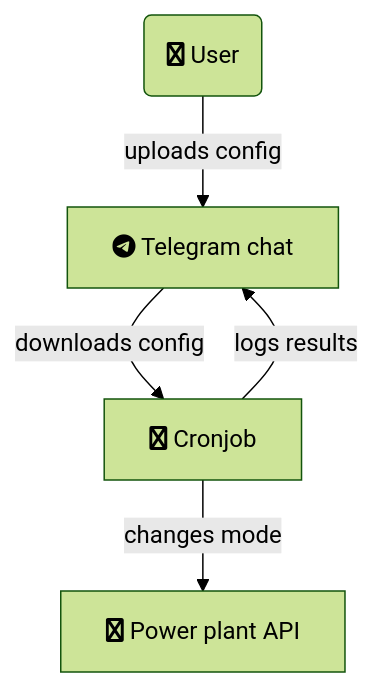
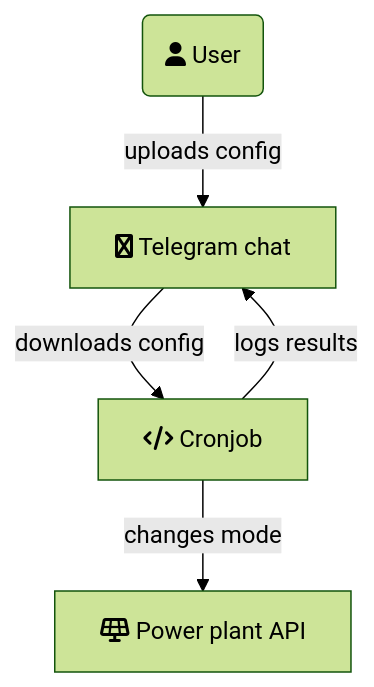
Before and after one commit to hrubanj/webpage: the diagram in _posts/2023-10-17-controlling-home-power-plant-with-ai-part-1.markdown, drawn with Mermaid (forest theme). The commit also changed other lines of this file, not shown here.

Commit message:
Solar article: second edit

````diff
--- a/_posts/2023-10-17-controlling-home-power-plant-with-ai-part-1.markdown
+++ b/_posts/2023-10-17-controlling-home-power-plant-with-ai-part-1.markdown
@@ -202,7 +199,7 @@
 ```mermaid!
 flowchart TD
-    A[fab:fa-telegram Telegram chat] -->|downloads config| B[fab:fa-code Cronjob]
-    B -->|changes mode| C[fab:fa-solar-panel Power plant API]
-    D(fab:fa-user User) -->|uploads config|A
+    A[fa:fa-telegram Telegram chat] -->|downloads config| B[fa:fa-code Cronjob]
+    B -->|changes mode| C[fa:fa-solar-panel Power plant API]
+    D(fa:fa-user User) -->|uploads config|A
     B --> |logs results|A
 ```
````
